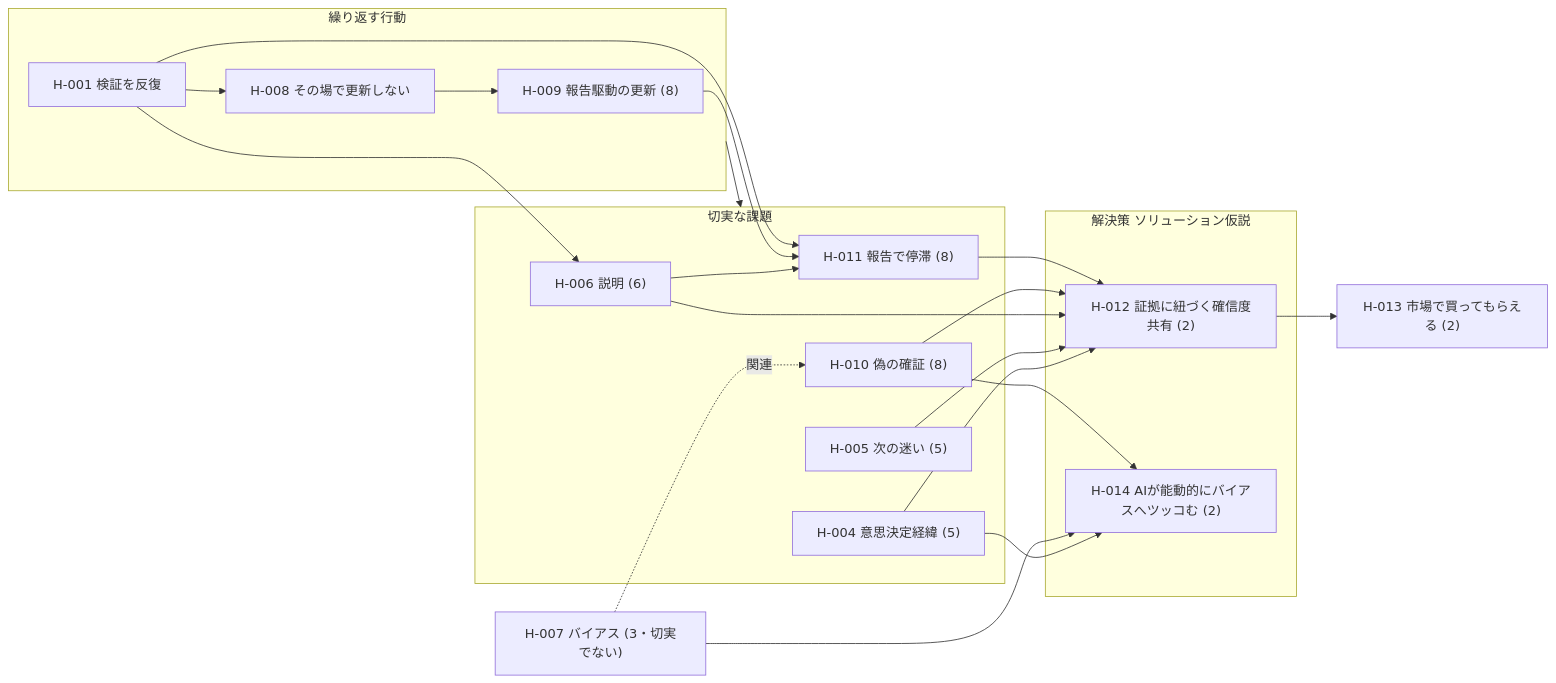
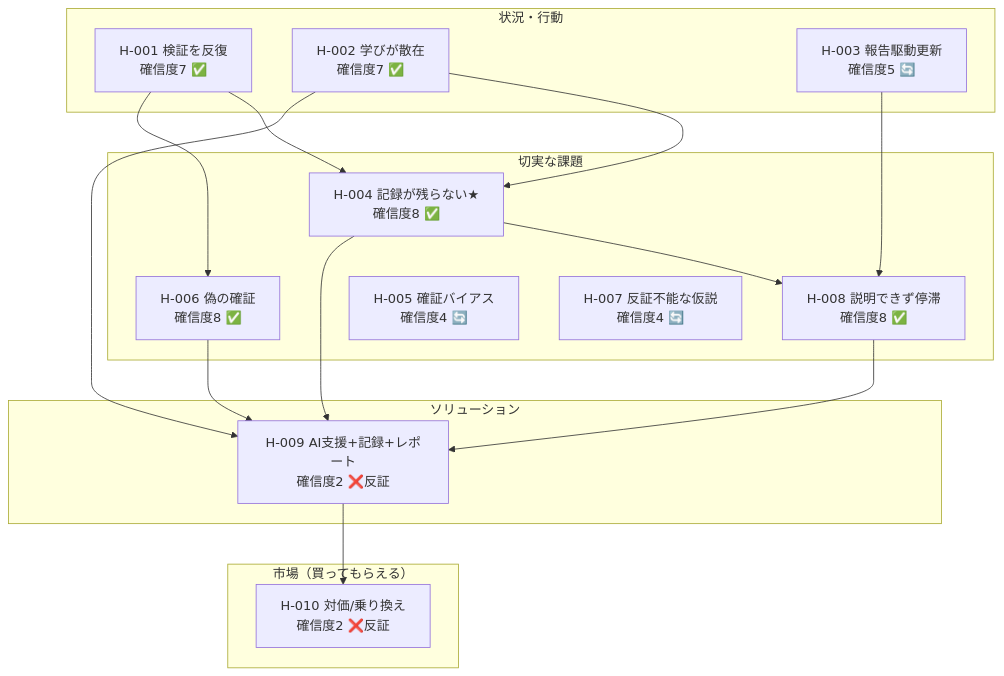
Before and after one commit to haru01/hypothesis-wiki: the diagram in projects/self/wiki/views/hypotheses-list.md, drawn with Mermaid. The commit also changed other lines of this file and 41 other files, not shown here.

````diff
--- a/projects/self/wiki/views/hypotheses-list.md
+++ b/projects/self/wiki/views/hypotheses-list.md
@@ -14,35 +10,31 @@
 ```mermaid
-flowchart LR
-  subgraph B[繰り返す行動]
-    H001["H-001 検証を反復"]
-    H008["H-008 その場で更新しない"]
-    H009["H-009 報告駆動の更新 (8)"]
-  end
-  subgraph P[切実な課題]
-    H011["H-011 報告で停滞 (8)"]
-    H010["H-010 偽の確証 (8)"]
-    H006["H-006 説明 (6)"]
-    H005["H-005 次の迷い (5)"]
-    H004["H-004 意思決定経緯 (5)"]
-  end
-  subgraph SOL[解決策 ソリューション仮説]
-    S012["H-012 証拠に紐づく確信度共有 (2)"]
-    S014["H-014 AIが能動的にバイアスへツッコむ (2)"]
-  end
-  M["H-013 市場で買ってもらえる (2)"]
-  H001 --> H008 --> H009
-  H001 --> H011
-  H009 --> H011
-  H001 --> H006 --> H011
-  B --> P
-  H011 --> S012
-  H010 --> S012
-  H006 --> S012
-  H005 --> S012
-  H004 --> S012
-  H010 --> S014
-  H007["H-007 バイアス (3・切実でない)"] --> S014
-  H004 --> S014
-  S012 --> M
-  H007 -. 関連 .-> H010
+flowchart TB
+    subgraph 行動["状況・行動"]
+      H1["H-001 検証を反復<br/>確信度7 ✅"]
+      H2["H-002 学びが散在<br/>確信度7 ✅"]
+      H3["H-003 報告駆動更新<br/>確信度5 🔄"]
+    end
+    subgraph 課題["切実な課題"]
+      H4["H-004 記録が残らない★<br/>確信度8 ✅"]
+      H6["H-006 偽の確証<br/>確信度8 ✅"]
+      H8["H-008 説明できず停滞<br/>確信度8 ✅"]
+      H5["H-005 確証バイアス<br/>確信度4 🔄"]
+      H7["H-007 反証不能な仮説<br/>確信度4 🔄"]
+    end
+    subgraph 解決策["ソリューション"]
+      S["H-009 AI支援+記録+レポート<br/>確信度2 ❌反証"]
+    end
+    subgraph 市場["市場（買ってもらえる）"]
+      M["H-010 対価/乗り換え<br/>確信度2 ❌反証"]
+    end
+    H1 --> H4
+    H2 --> H4
+    H3 --> H8
+    H1 --> H6
+    H4 --> H8
+    H4 --> S
+    H6 --> S
+    H8 --> S
+    H2 --> S
+    S --> M
 ```
````
